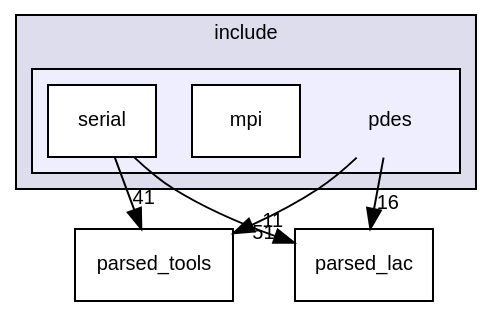
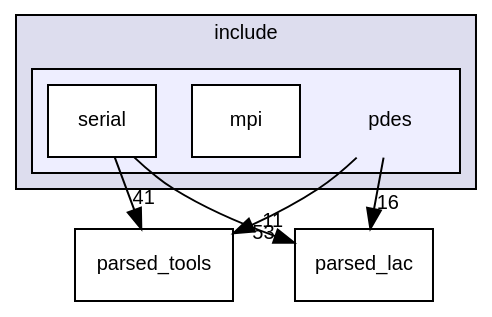
One commit to luca-heltai/fsi-suite changed the diagram in dir_60faf9a10d52b04582224b9116454383_dep.dot. Above: the diagram before and after it, drawn with Graphviz. The commit also changed 807 other files, not shown here.

```diff
--- a/dir_60faf9a10d52b04582224b9116454383_dep.dot
+++ b/dir_60faf9a10d52b04582224b9116454383_dep.dot
@@ -1,21 +1,21 @@
 digraph "include/pdes" {
   bgcolor=transparent;
   compound=true
   node [ fontsize="10", fontname="Helvetica"];
   edge [ labelfontsize="10", labelfontname="Helvetica"];
   subgraph clusterdir_d44c64559bbebec7f509842c48db8b23 {
     graph [ bgcolor="#ddddee", pencolor="black", label="include" fontname="Helvetica", fontsize="10", URL="dir_d44c64559bbebec7f509842c48db8b23.html"]
   subgraph clusterdir_60faf9a10d52b04582224b9116454383 {
     graph [ bgcolor="#eeeeff", pencolor="black", label="" URL="dir_60faf9a10d52b04582224b9116454383.html"];
     dir_60faf9a10d52b04582224b9116454383 [shape=plaintext label="pdes"];
     dir_7ac85db751091b31b06a51e40fc82221 [shape=box label="mpi" color="black" fillcolor="white" style="filled" URL="dir_7ac85db751091b31b06a51e40fc82221.html"];
     dir_0d1c0d82d2331d1d942d7c7f0084aeb2 [shape=box label="serial" color="black" fillcolor="white" style="filled" URL="dir_0d1c0d82d2331d1d942d7c7f0084aeb2.html"];
   }
   }
   dir_8e8448d9aef603b86753e7cb911804a9 [shape=box label="parsed_tools" URL="dir_8e8448d9aef603b86753e7cb911804a9.html"];
   dir_65593bf93f1e4428cc81baf4bb94349f [shape=box label="parsed_lac" URL="dir_65593bf93f1e4428cc81baf4bb94349f.html"];
-  dir_60faf9a10d52b04582224b9116454383->dir_8e8448d9aef603b86753e7cb911804a9 [headlabel="51", labeldistance=1.5 headhref="dir_000005_000004.html"];
+  dir_60faf9a10d52b04582224b9116454383->dir_8e8448d9aef603b86753e7cb911804a9 [headlabel="53", labeldistance=1.5 headhref="dir_000005_000004.html"];
   dir_60faf9a10d52b04582224b9116454383->dir_65593bf93f1e4428cc81baf4bb94349f [headlabel="16", labeldistance=1.5 headhref="dir_000005_000003.html"];
   dir_0d1c0d82d2331d1d942d7c7f0084aeb2->dir_8e8448d9aef603b86753e7cb911804a9 [headlabel="41", labeldistance=1.5 headhref="dir_000007_000004.html"];
   dir_0d1c0d82d2331d1d942d7c7f0084aeb2->dir_65593bf93f1e4428cc81baf4bb94349f [headlabel="11", labeldistance=1.5 headhref="dir_000007_000003.html"];
 }
```
